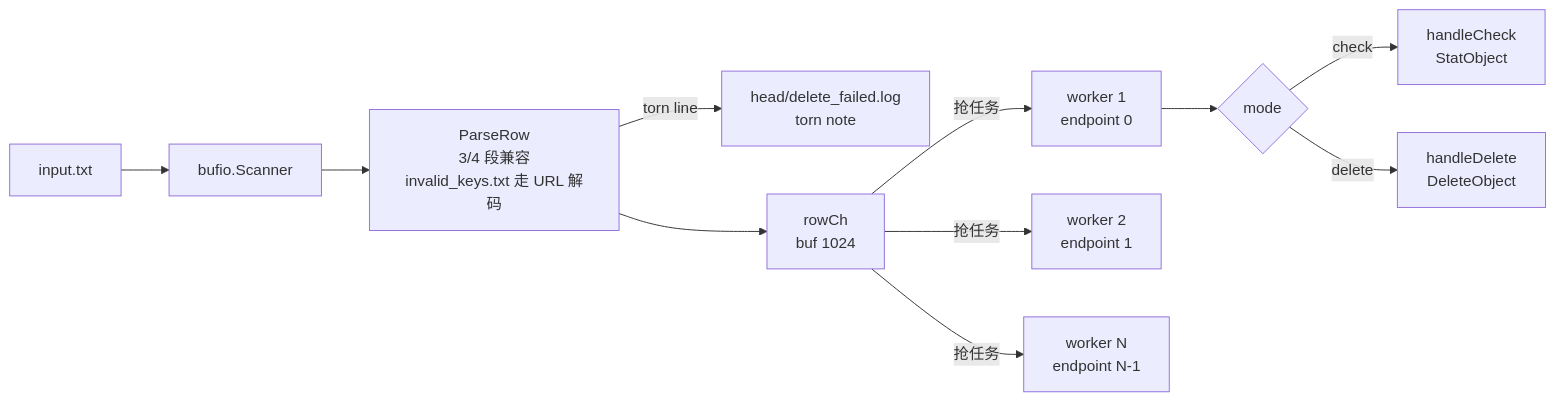
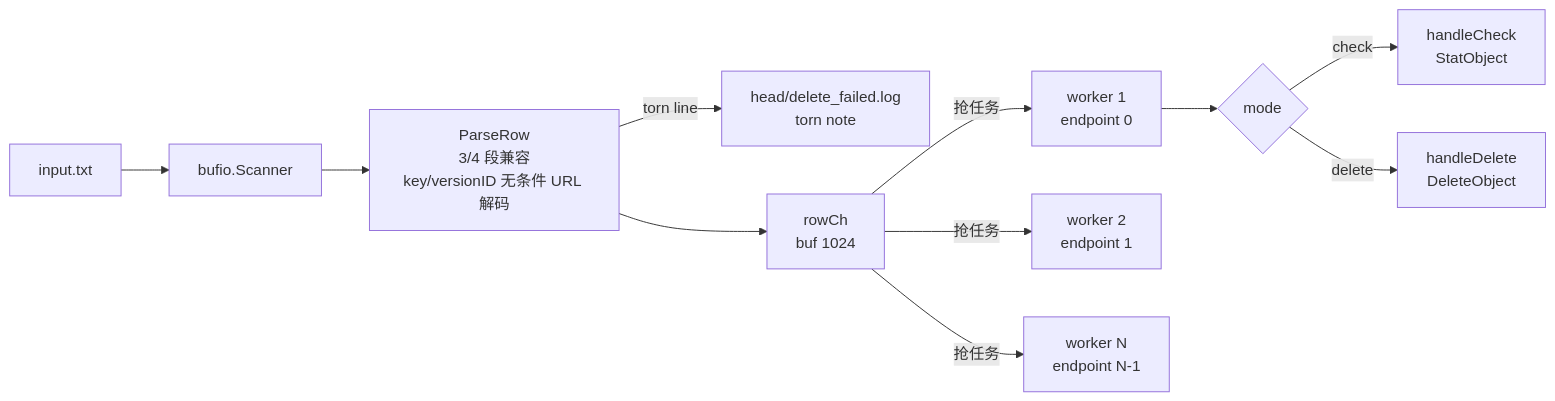
One commit to gengyuanzhe/chunked_check_tool changed the second of 4 diagrams in delete_marker_cleanup_tool/AGENTS.md. Above: the diagram before and after it, drawn with Mermaid. The commit also changed other lines of this file and 25 other files, not shown here.

````diff
--- a/delete_marker_cleanup_tool/AGENTS.md
+++ b/delete_marker_cleanup_tool/AGENTS.md
@@ -55,13 +55,13 @@
 ```mermaid
 flowchart LR
     File[input.txt] --> Scan[bufio.Scanner]
-    Scan --> Parse[ParseRow<br/>3/4 段兼容<br/>invalid_keys.txt 走 URL 解码]
+    Scan --> Parse[ParseRow<br/>3/4 段兼容<br/>key/versionID 无条件 URL 解码]
     Parse -->|torn line| FailLog[head/delete_failed.log<br/>torn note]
     Parse --> RowCh["rowCh<br/>buf 1024"]
     RowCh -->|抢任务| W1["worker 1<br/>endpoint 0"]
     RowCh -->|抢任务| W2["worker 2<br/>endpoint 1"]
     RowCh -->|抢任务| WN["worker N<br/>endpoint N-1"]
     W1 --> Mode{mode}
     Mode -->|check| HC[handleCheck<br/>StatObject]
     Mode -->|delete| HD[handleDelete<br/>DeleteObject]
 ```
````
